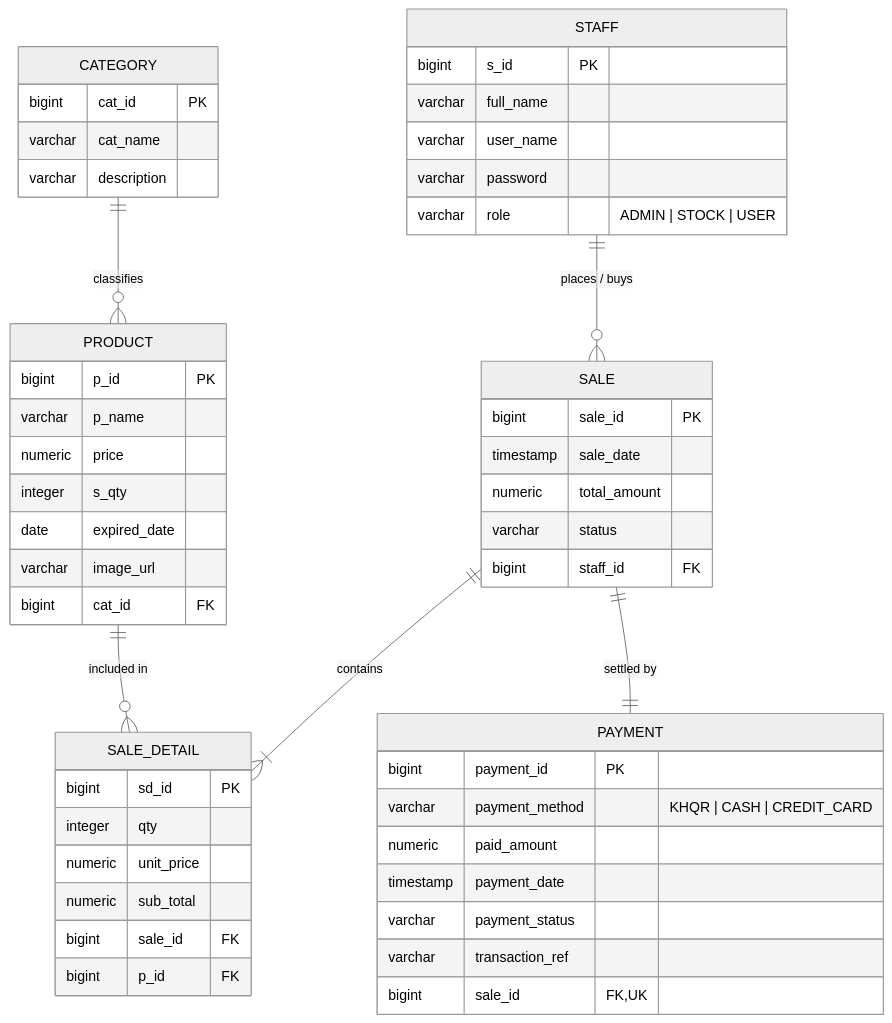
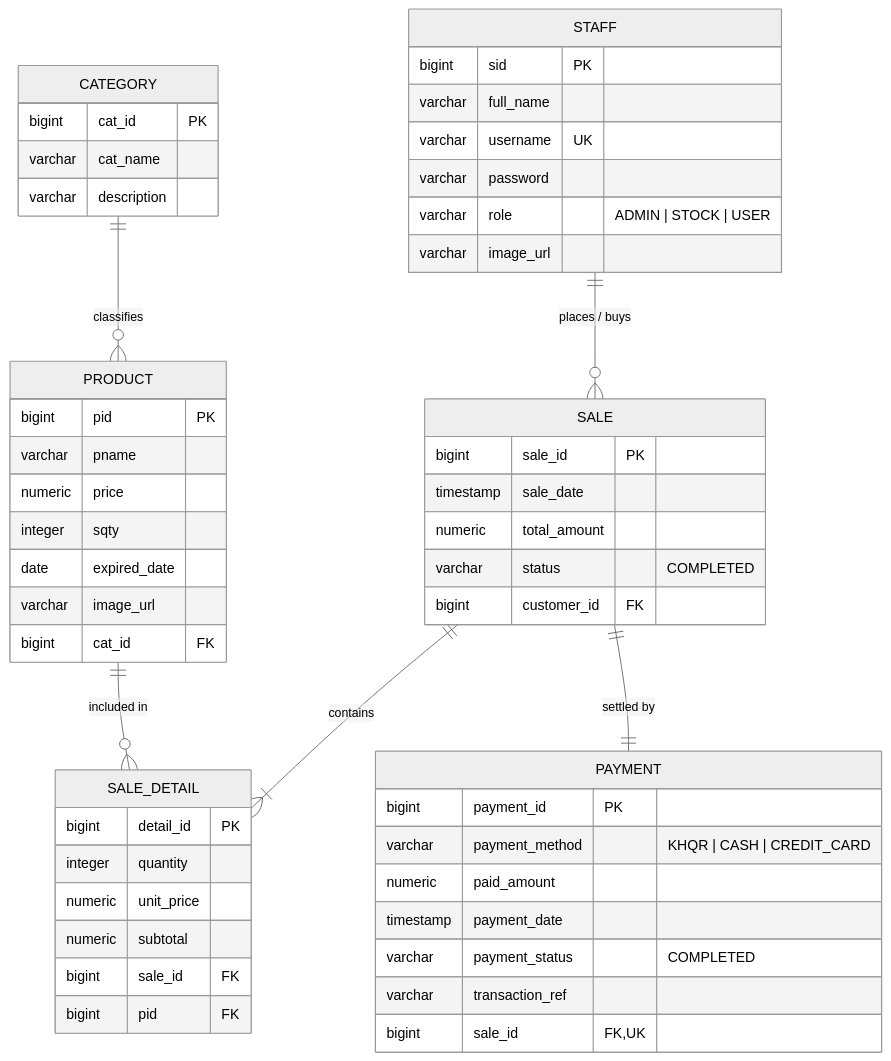
Before and after one commit to Mongkol7/Ecom_SpringBoot_SV2.6: the diagram in docs/database_schema.md, drawn with Mermaid (neutral theme). The commit also changed other lines of this file and 28 other files, not shown here.

````diff
--- a/docs/database_schema.md
+++ b/docs/database_schema.md
@@ -5,59 +5,60 @@
 ```mermaid
 erDiagram
     STAFF ||--o{ SALE : "places / buys"
     CATEGORY ||--o{ PRODUCT : "classifies"
     PRODUCT ||--o{ SALE_DETAIL : "included in"
     SALE ||--|{ SALE_DETAIL : "contains"
     SALE ||--|| PAYMENT : "settled by"
 
     STAFF {
-        bigint s_id PK
+        bigint sid PK
         varchar full_name
-        varchar user_name
+        varchar username UK
         varchar password
         varchar role "ADMIN | STOCK | USER"
+        varchar image_url
     }
 
     CATEGORY {
         bigint cat_id PK
         varchar cat_name
         varchar description
     }
 
     PRODUCT {
-        bigint p_id PK
-        varchar p_name
+        bigint pid PK
+        varchar pname
         numeric price
-        integer s_qty
+        integer sqty
         date expired_date
         varchar image_url
         bigint cat_id FK
     }
 
     SALE {
         bigint sale_id PK
         timestamp sale_date
         numeric total_amount
-        varchar status
-        bigint staff_id FK
+        varchar status "COMPLETED"
+        bigint customer_id FK
     }
 
     SALE_DETAIL {
-        bigint sd_id PK
-        integer qty
+        bigint detail_id PK
+        integer quantity
         numeric unit_price
-        numeric sub_total
+        numeric subtotal
         bigint sale_id FK
-        bigint p_id FK
+        bigint pid FK
     }
 
     PAYMENT {
         bigint payment_id PK
         varchar payment_method "KHQR | CASH | CREDIT_CARD"
         numeric paid_amount
         timestamp payment_date
-        varchar payment_status
+        varchar payment_status "COMPLETED"
         varchar transaction_ref
         bigint sale_id FK, UK
     }
 ```
````
